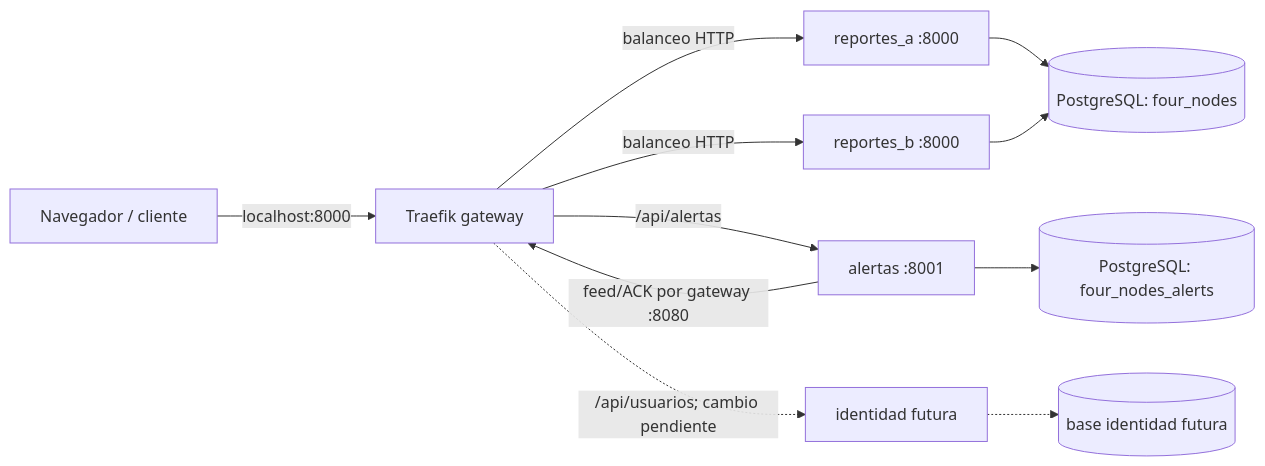
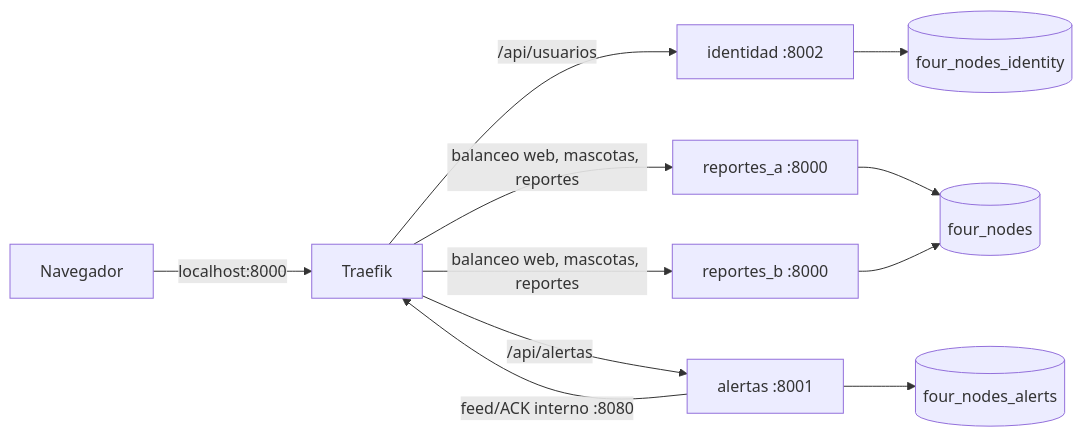
One commit to Montiel-Oscar/sd-2027-1-the-four-nodes changed the diagram in docs/ARQUITECTURA_FINAL.md. Above: the diagram before and after it, drawn with Mermaid. The commit also changed other lines of this file and 35 other files, not shown here.

````diff
--- a/docs/ARQUITECTURA_FINAL.md
+++ b/docs/ARQUITECTURA_FINAL.md
@@ -7,13 +3,13 @@
 ```mermaid
 flowchart LR
-    U["Navegador / cliente"] -->|"localhost:8000"| G["Traefik gateway"]
-    G -->|"balanceo HTTP"| A["reportes_a :8000"]
-    G -->|"balanceo HTTP"| B["reportes_b :8000"]
+    U["Navegador"] -->|"localhost:8000"| G["Traefik"]
+    G -->|"/api/usuarios"| I["identidad :8002"]
+    G -->|"balanceo web, mascotas, reportes"| A["reportes_a :8000"]
+    G -->|"balanceo web, mascotas, reportes"| B["reportes_b :8000"]
     G -->|"/api/alertas"| N["alertas :8001"]
-    A --> D[("PostgreSQL: four_nodes")]
-    B --> D
-    N --> E[("PostgreSQL: four_nodes_alerts")]
-    N -->|"feed/ACK por gateway :8080"| G
-    G -.->|"/api/usuarios; cambio pendiente"| I["identidad futura"]
-    I -.-> F[("base identidad futura")]
+    I --> DI[("four_nodes_identity")]
+    A --> DR[("four_nodes")]
+    B --> DR
+    N --> DA[("four_nodes_alerts")]
+    N -->|"feed/ACK interno :8080"| G
 ```
````
